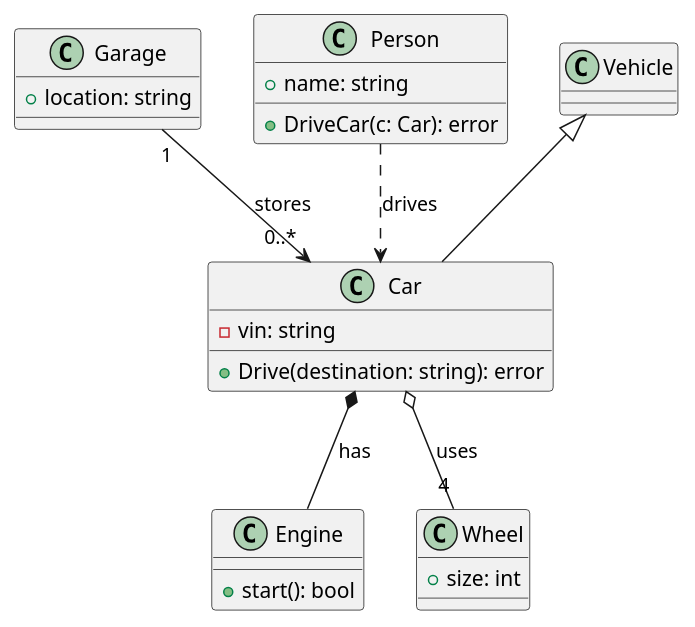
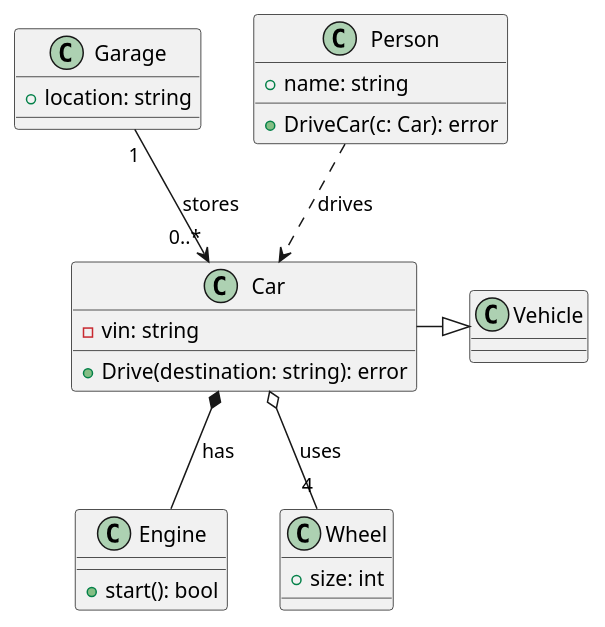
Before and after one commit to yur4uwe/puml-as-code: the diagram in input/combined.puml, drawn with PlantUML. The commit also changed 3 other files, not shown here.

```diff
--- a/input/combined.puml
+++ b/input/combined.puml
@@ -1,26 +1,26 @@
 @startuml Combined Relationships Diagram
 
 class Engine {
   +start(): bool
 }
 class Wheel {
   +size: int
 }
 class Car {
   -vin: string
   +Drive(destination: string): error
 }
 class Garage {
   +location: string
 }
 class Person {
   +name: string
   +DriveCar(c: Car): error
 }
 
-Vehicle <|-- Car
+Vehicle <|-left- Car
 Car *-- Engine : has
 Car o-- "4" Wheel : uses
 Garage "1" --> "0..*" Car : stores
 Person ..> Car : drives
 @enduml
```
